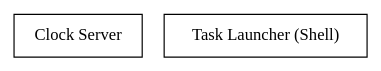
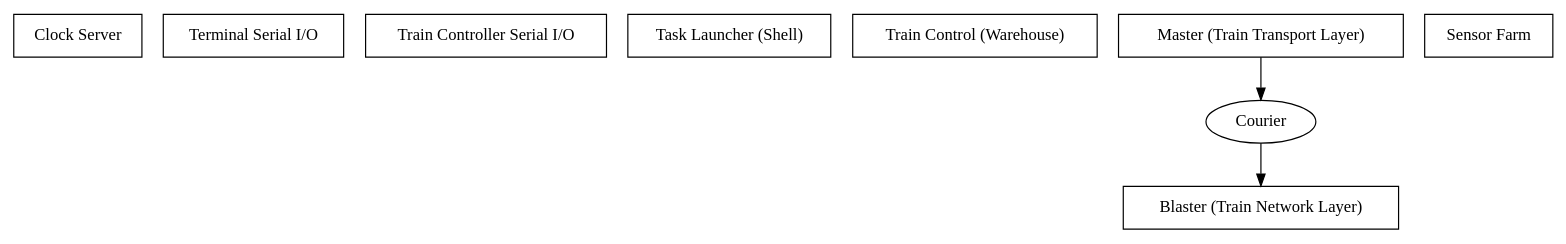
The diagram in report/tasks.dot (ferrous26/cs452-flaming-meme), drawn with Graphviz before and after one commit.

Commit message:
Enough graph stuff for Nik to figure out

```diff
--- a/report/tasks.dot
+++ b/report/tasks.dot
@@ -1,8 +1,18 @@
 digraph tasks {
 
-  node [shape = record];
+  clock_server  [label = "Clock Server", shape = record];
+  term_server   [label = "Terminal Serial I/O", shape = record];
+  train_server  [label = "Train Controller Serial I/O", shape = record];
 
-  clock_server  [label = "Clock Server"];
-  task_launcher [label = "Task Launcher (Shell)"];
+  task_launcher [label = "Task Launcher (Shell)", shape = record];
+
+  train_control [label = "Train Control (Warehouse)", shape = record];
+  blaster       [label = "Blaster (Train Network Layer)", shape = record];
+  master        [label = "Master (Train Transport Layer)", shape = record];
+  master_blaster_courier [label = "Courier", shape = oval];
+
+  master -> master_blaster_courier -> blaster;
+
+  sensor_farm   [label = "Sensor Farm", shape = record];
 
 }
```
